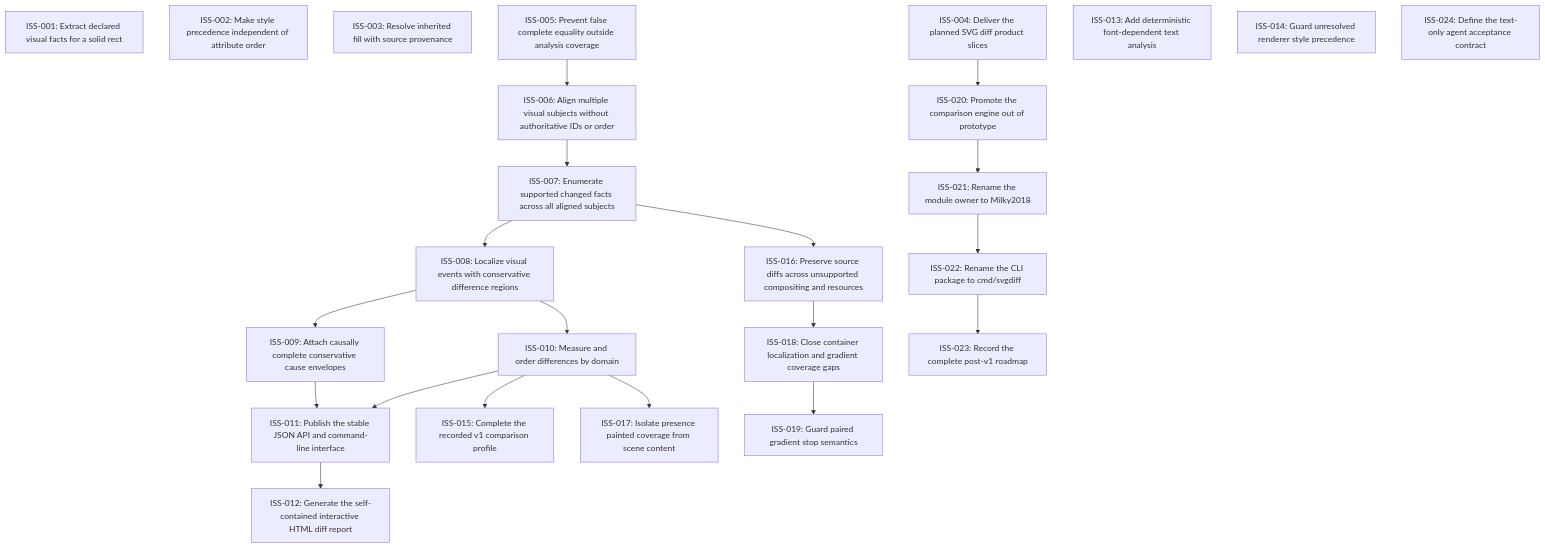
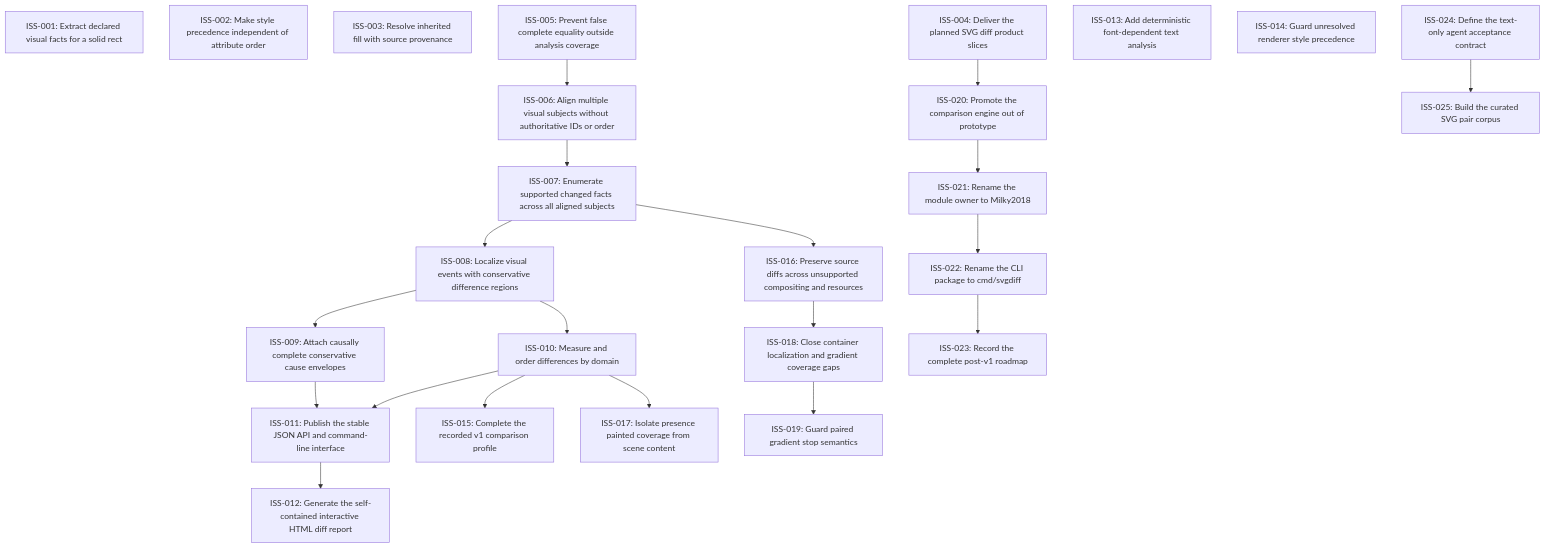
The diagram in issues/README.md (moonbit-community/svgdiff), drawn with Mermaid before and after one commit. The commit also changed 20 other files, not shown here.

Commit message:
Add curated SVG evaluation corpus

````diff
--- a/issues/README.md
+++ b/issues/README.md
@@ -18,44 +18,46 @@
 ```mermaid
 graph TD
   ISS_001["ISS-001: Extract declared visual facts for a solid rect"]
   ISS_002["ISS-002: Make style precedence independent of attribute order"]
   ISS_003["ISS-003: Resolve inherited fill with source provenance"]
   ISS_004["ISS-004: Deliver the planned SVG diff product slices"]
   ISS_005["ISS-005: Prevent false complete equality outside analysis coverage"]
   ISS_006["ISS-006: Align multiple visual subjects without authoritative IDs or order"]
   ISS_007["ISS-007: Enumerate supported changed facts across all aligned subjects"]
   ISS_008["ISS-008: Localize visual events with conservative difference regions"]
   ISS_009["ISS-009: Attach causally complete conservative cause envelopes"]
   ISS_010["ISS-010: Measure and order differences by domain"]
   ISS_011["ISS-011: Publish the stable JSON API and command-line interface"]
   ISS_012["ISS-012: Generate the self-contained interactive HTML diff report"]
   ISS_013["ISS-013: Add deterministic font-dependent text analysis"]
   ISS_014["ISS-014: Guard unresolved renderer style precedence"]
   ISS_015["ISS-015: Complete the recorded v1 comparison profile"]
   ISS_016["ISS-016: Preserve source diffs across unsupported compositing and resources"]
   ISS_017["ISS-017: Isolate presence painted coverage from scene content"]
   ISS_018["ISS-018: Close container localization and gradient coverage gaps"]
   ISS_019["ISS-019: Guard paired gradient stop semantics"]
   ISS_020["ISS-020: Promote the comparison engine out of prototype"]
   ISS_021["ISS-021: Rename the module owner to Milky2018"]
   ISS_022["ISS-022: Rename the CLI package to cmd/svgdiff"]
   ISS_023["ISS-023: Record the complete post-v1 roadmap"]
   ISS_024["ISS-024: Define the text-only agent acceptance contract"]
+  ISS_025["ISS-025: Build the curated SVG pair corpus"]
   ISS_005 --> ISS_006
   ISS_006 --> ISS_007
   ISS_007 --> ISS_008
   ISS_008 --> ISS_009
   ISS_008 --> ISS_010
   ISS_009 --> ISS_011
   ISS_010 --> ISS_011
   ISS_011 --> ISS_012
   ISS_010 --> ISS_015
   ISS_007 --> ISS_016
   ISS_010 --> ISS_017
   ISS_016 --> ISS_018
   ISS_018 --> ISS_019
   ISS_004 --> ISS_020
   ISS_020 --> ISS_021
   ISS_021 --> ISS_022
   ISS_022 --> ISS_023
+  ISS_024 --> ISS_025
 ```
````
